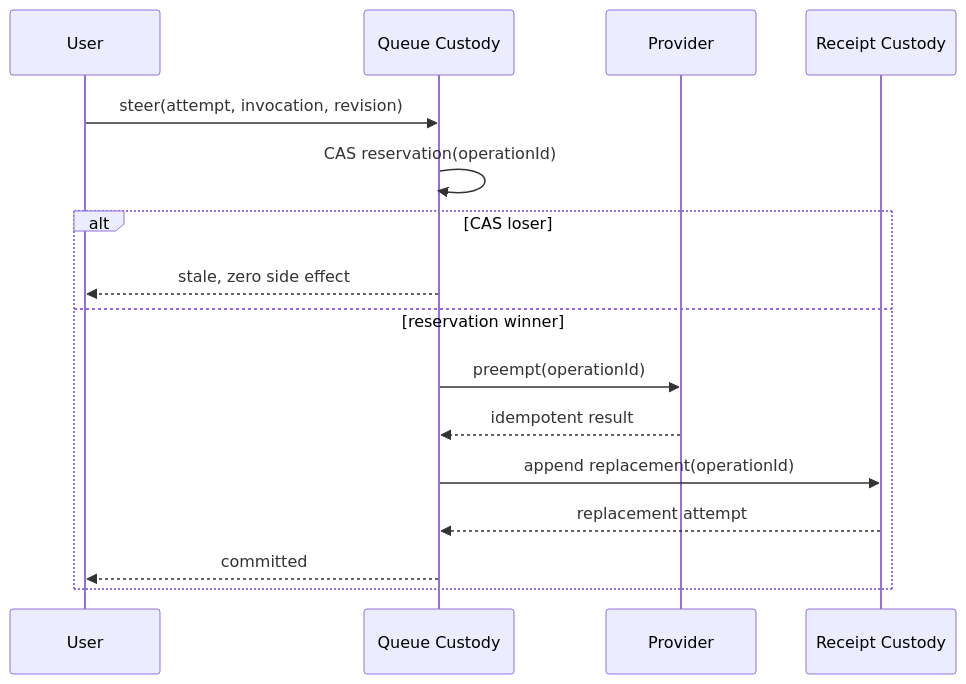
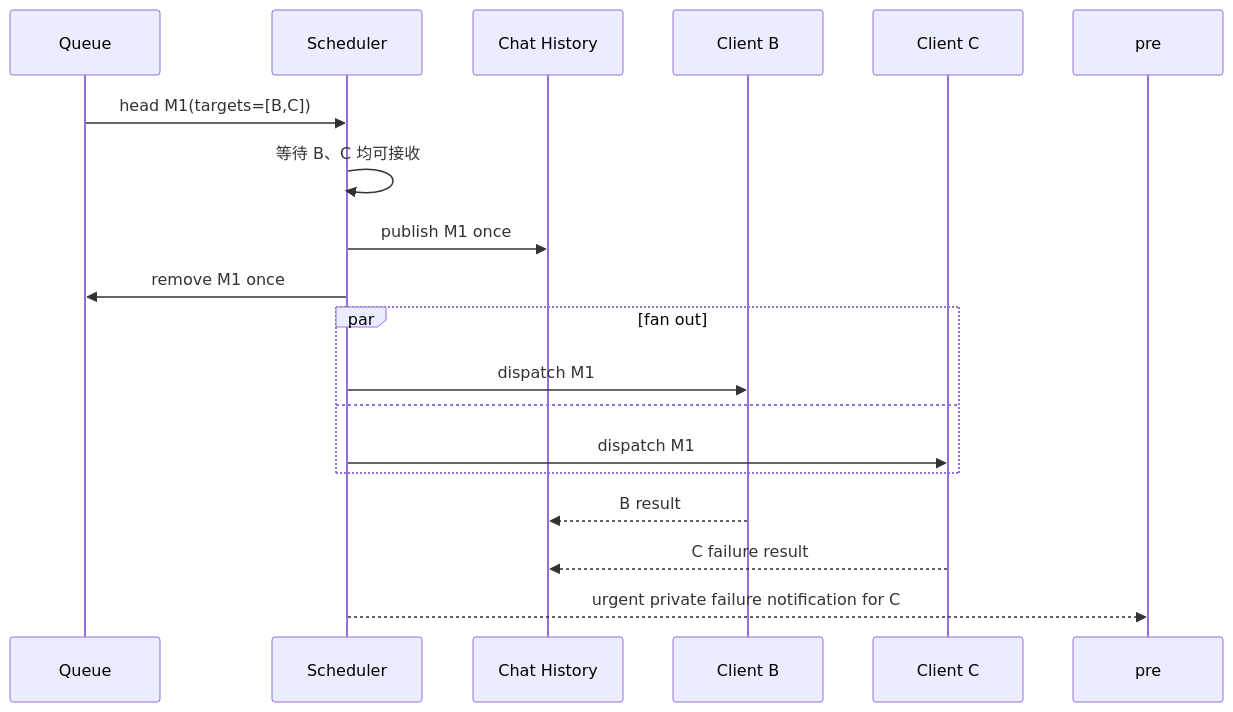
One commit to zts212653/clowder-ai changed the fourth of 4 diagrams in docs/architecture/message-delivery-handling-handoff-audit.md. Above: the diagram before and after it, drawn with Mermaid. The commit also changed other lines of this file, not shown here.

First line of the commit message:
docs: simplify A2A lifecycle architecture

````diff
--- a/docs/architecture/message-delivery-handling-handoff-audit.md
+++ b/docs/architecture/message-delivery-handling-handoff-audit.md
@@ -553,19 +351,22 @@
 ```mermaid
 sequenceDiagram
-    participant U as User
-    participant Q as Queue Custody
-    participant P as Provider
-    participant RC as Receipt Custody
+    participant Q as Queue
+    participant S as Scheduler
+    participant H as Chat History
+    participant B as Client B
+    participant C as Client C
+    participant P as pre
 
-    U->>Q: steer(attempt, invocation, revision)
-    Q->>Q: CAS reservation(operationId)
-    alt CAS loser
-        Q-->>U: stale, zero side effect
-    else reservation winner
-        Q->>P: preempt(operationId)
-        P-->>Q: idempotent result
-        Q->>RC: append replacement(operationId)
-        RC-->>Q: replacement attempt
-        Q-->>U: committed
+    Q->>S: head M1(targets=[B,C])
+    S->>S: 等待 B、C 均可接收
+    S->>H: publish M1 once
+    S->>Q: remove M1 once
+    par fan out
+        S->>B: dispatch M1
+    and
+        S->>C: dispatch M1
     end
+    B-->>H: B result
+    C-->>H: C failure result
+    S-->>P: urgent private failure notification for C
 ```
````
